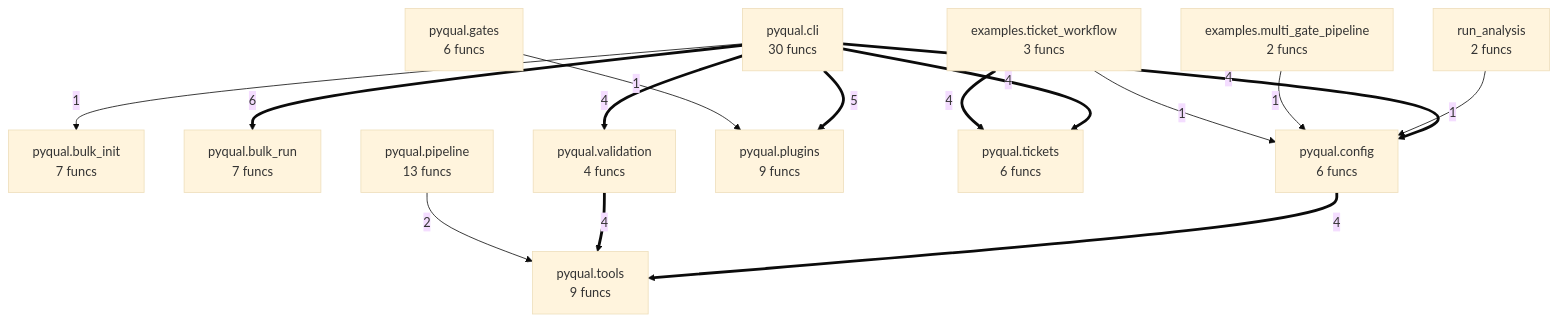
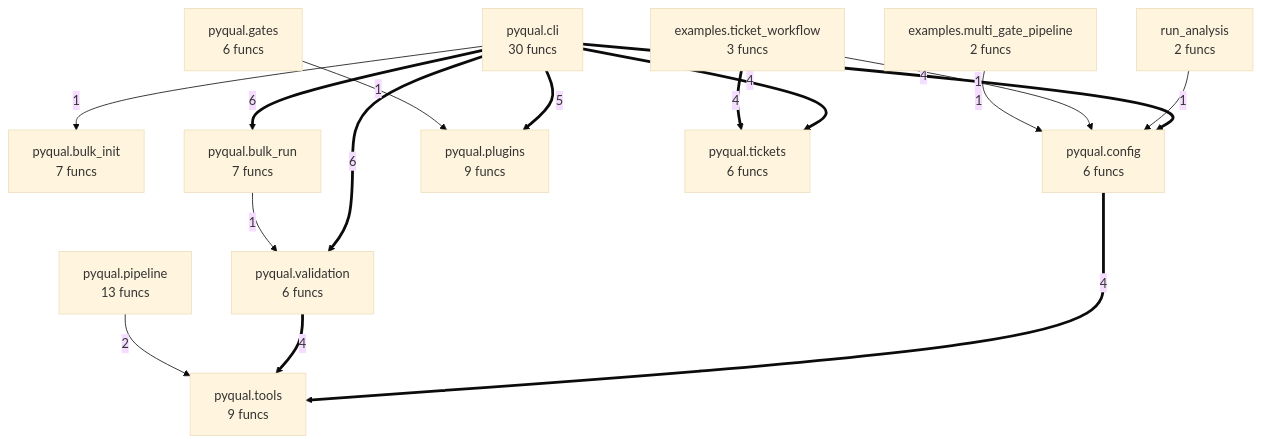
Before and after one commit to semcod/pyqual: the diagram in project/compact_flow.mmd, drawn with Mermaid (base theme). The commit also changed 31 other files, not shown here.

```diff
--- a/project/compact_flow.mmd
+++ b/project/compact_flow.mmd
@@ -1,28 +1,29 @@
 flowchart TD
     examples__multi_gate_pipeline["examples.multi_gate_pipeline<br/>2 funcs"]
     examples__ticket_workflow["examples.ticket_workflow<br/>3 funcs"]
     pyqual__bulk_init["pyqual.bulk_init<br/>7 funcs"]
     pyqual__bulk_run["pyqual.bulk_run<br/>7 funcs"]
     pyqual__cli["pyqual.cli<br/>30 funcs"]
     pyqual__config["pyqual.config<br/>6 funcs"]
     pyqual__gates["pyqual.gates<br/>6 funcs"]
     pyqual__pipeline["pyqual.pipeline<br/>13 funcs"]
     pyqual__plugins["pyqual.plugins<br/>9 funcs"]
     pyqual__tickets["pyqual.tickets<br/>6 funcs"]
     pyqual__tools["pyqual.tools<br/>9 funcs"]
-    pyqual__validation["pyqual.validation<br/>4 funcs"]
+    pyqual__validation["pyqual.validation<br/>6 funcs"]
     run_analysis["run_analysis<br/>2 funcs"]
     pyqual__cli ==>|6| pyqual__bulk_run
+    pyqual__cli ==>|6| pyqual__validation
     pyqual__cli ==>|5| pyqual__plugins
     pyqual__config ==>|4| pyqual__tools
+    pyqual__validation ==>|4| pyqual__tools
     pyqual__cli ==>|4| pyqual__config
     pyqual__cli ==>|4| pyqual__tickets
-    pyqual__cli ==>|4| pyqual__validation
-    pyqual__validation ==>|4| pyqual__tools
     examples__ticket_workflow ==>|4| pyqual__tickets
     pyqual__pipeline -->|2| pyqual__tools
     run_analysis -->|1| pyqual__config
     pyqual__gates -->|1| pyqual__plugins
     pyqual__cli -->|1| pyqual__bulk_init
+    examples__ticket_workflow -->|1| pyqual__config
     examples__multi_gate_pipeline -->|1| pyqual__config
-    examples__ticket_workflow -->|1| pyqual__config
+    pyqual__bulk_run -->|1| pyqual__validation
```
